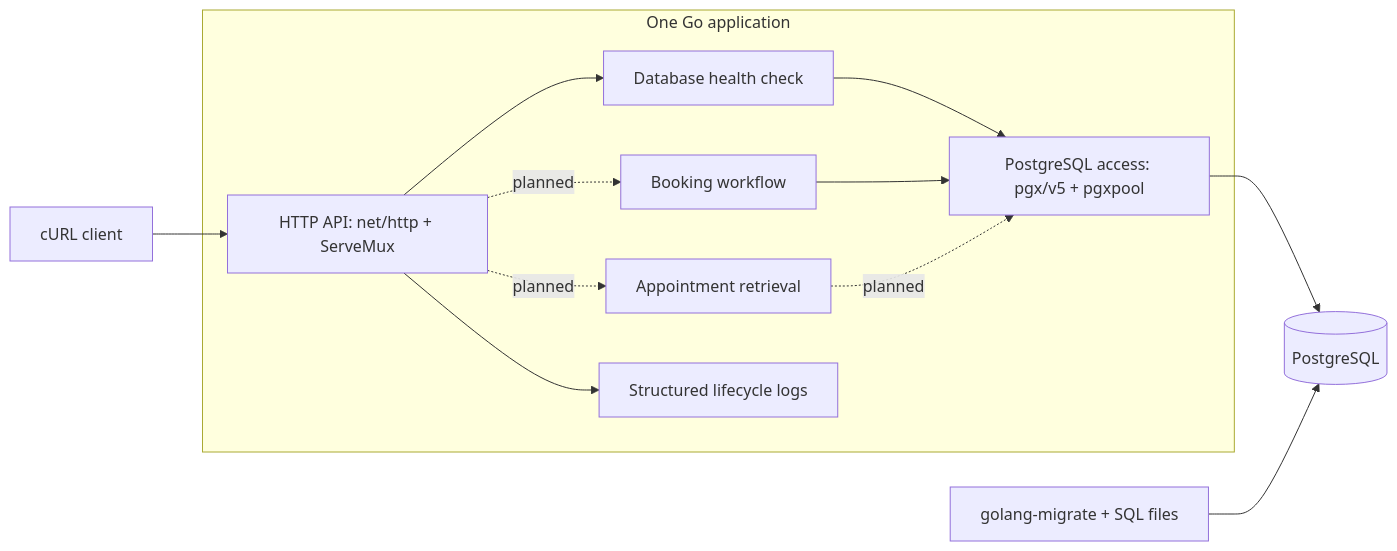
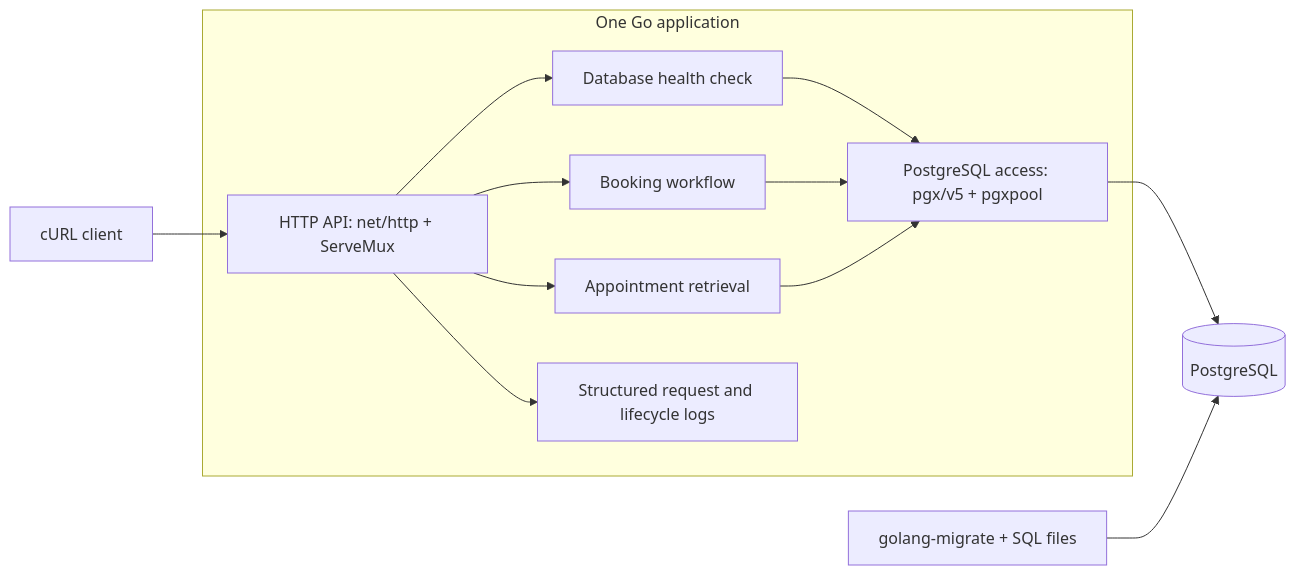
The diagram in docs/architecture.md (votatdat/challenge_appointment_scheduler), drawn with Mermaid before and after one commit. The commit also changed other lines of this file and 17 other files, not shown here.

````diff
--- a/docs/architecture.md
+++ b/docs/architecture.md
@@ -17,15 +17,15 @@
 ```mermaid
 flowchart LR
     Client["cURL client"] --> HTTP["HTTP API: net/http + ServeMux"]
     subgraph GoApplication["One Go application"]
         HTTP --> Health["Database health check"]
-        HTTP -. planned .-> Booking["Booking workflow"]
-        HTTP -. planned .-> Retrieval["Appointment retrieval"]
+        HTTP --> Booking["Booking workflow"]
+        HTTP --> Retrieval["Appointment retrieval"]
         Health --> Store["PostgreSQL access: pgx/v5 + pgxpool"]
         Booking --> Store
-        Retrieval -. planned .-> Store
-        HTTP --> Logs["Structured lifecycle logs"]
+        Retrieval --> Store
+        HTTP --> Logs["Structured request and lifecycle logs"]
     end
     Store --> DB[(PostgreSQL)]
     Migrations["golang-migrate + SQL files"] --> DB
 ```
````
